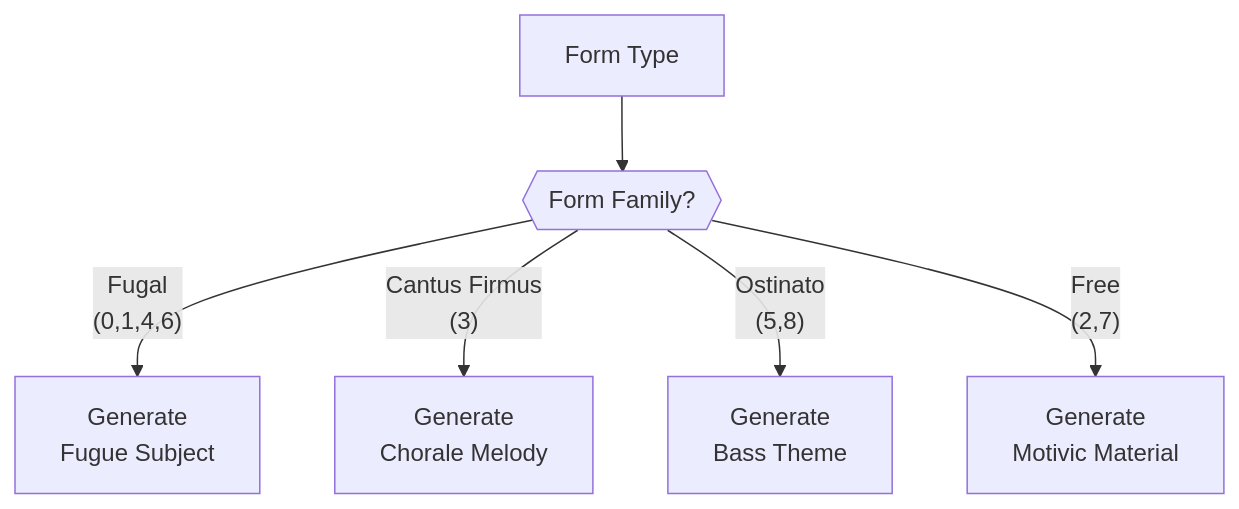
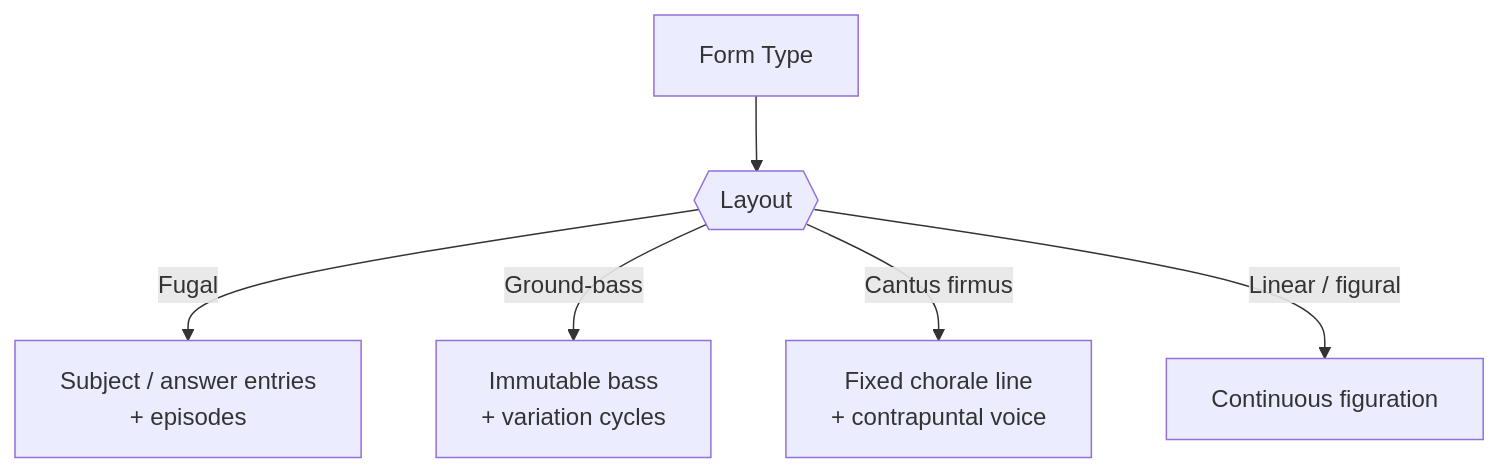
The second of 2 diagrams in src/docs/generation-pipeline.md (libraz/midi-sketch-bach-homepage), drawn with Mermaid before and after one commit. The commit also changed other lines of this file and 34 other files, not shown here.

````diff
--- a/src/docs/generation-pipeline.md
+++ b/src/docs/generation-pipeline.md
@@ -54,8 +34,8 @@
 ```mermaid
 graph TD
-    A["Form Type"] --> B{{"Form Family?"}}
-    B -->|"Fugal<br>(0,1,4,6)"| C["Generate<br>Fugue Subject"]
-    B -->|"Cantus Firmus<br>(3)"| D["Generate<br>Chorale Melody"]
-    B -->|"Ostinato<br>(5,8)"| E["Generate<br>Bass Theme"]
-    B -->|"Free<br>(2,7)"| F["Generate<br>Motivic Material"]
+    A["Form Type"] --> B{{"Layout"}}
+    B -->|"Fugal"| C["Subject / answer entries<br>+ episodes"]
+    B -->|"Ground-bass"| D["Immutable bass<br>+ variation cycles"]
+    B -->|"Cantus firmus"| E["Fixed chorale line<br>+ contrapuntal voice"]
+    B -->|"Linear / figural"| F["Continuous figuration"]
 ```
````
